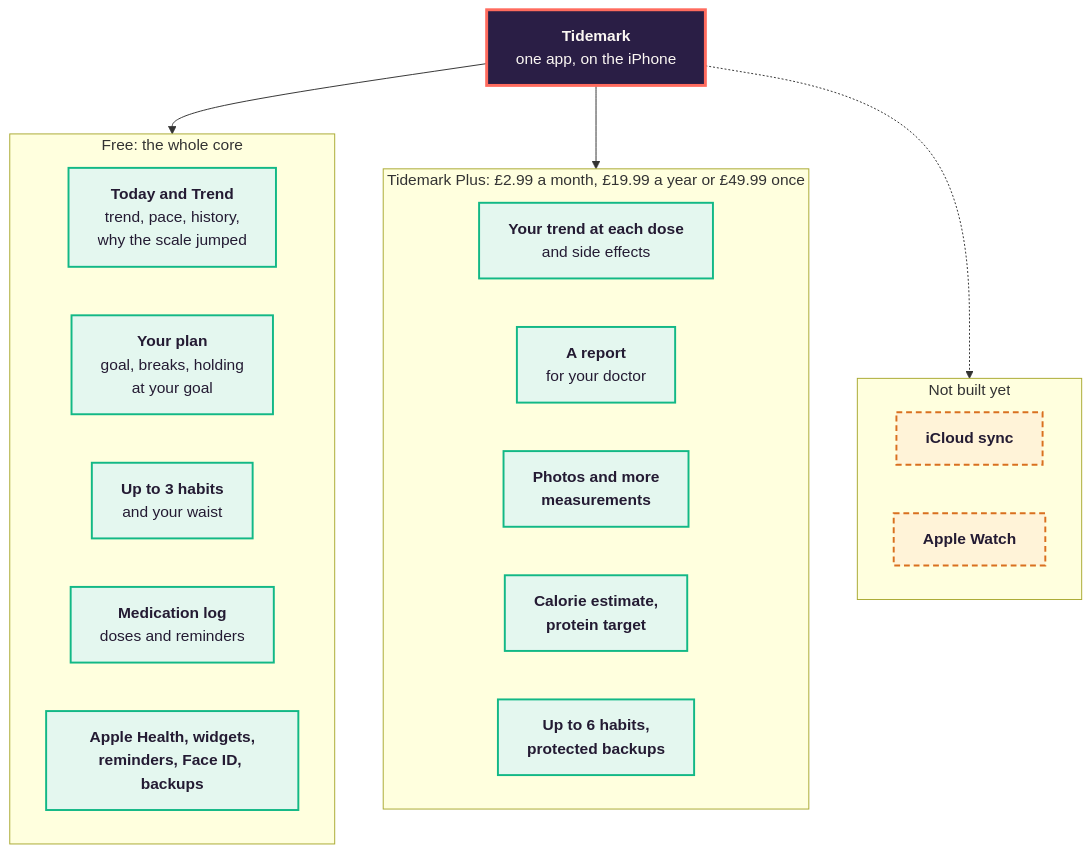
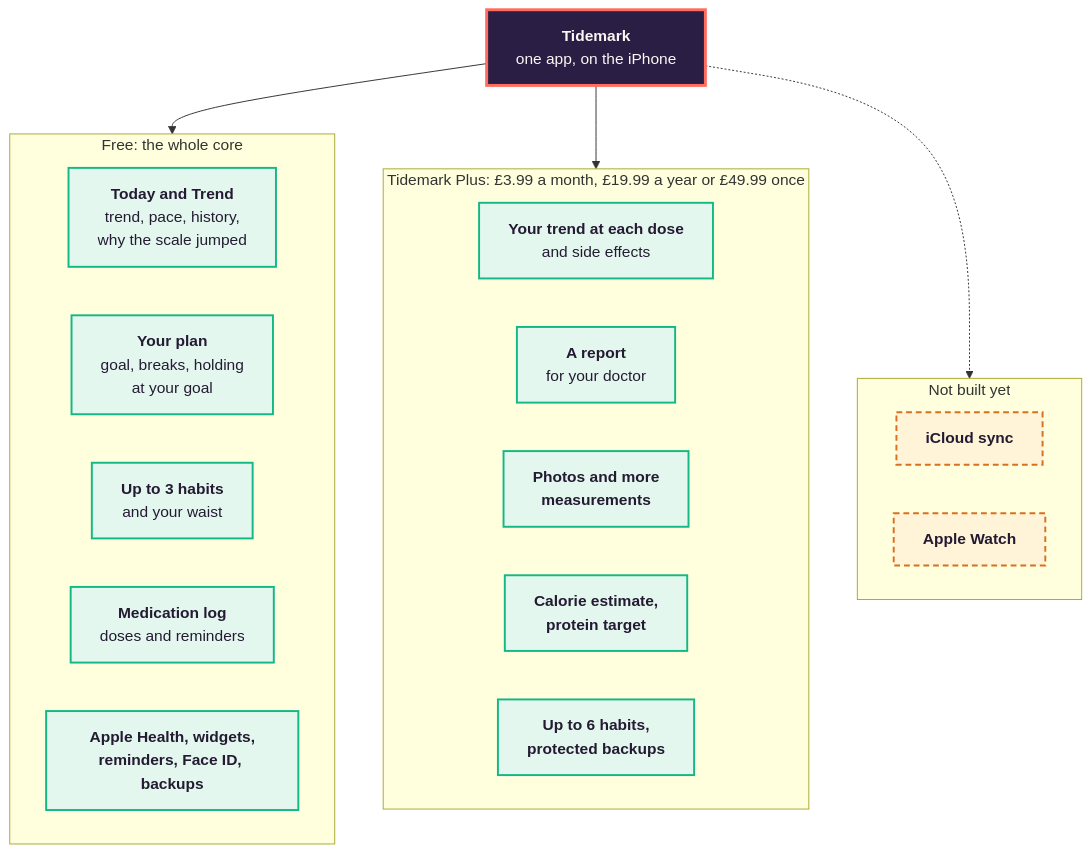
The diagram in assets/diagrams/02-free-and-plus.mmd (yameenbux/Tidemark-Fitness), drawn with Mermaid before and after one commit. The commit also changed 16 other files, not shown here.

```diff
--- a/assets/diagrams/02-free-and-plus.mmd
+++ b/assets/diagrams/02-free-and-plus.mmd
@@ -1,38 +1,38 @@
 flowchart TB
     APP["<b>Tidemark</b><br/>one app, on the iPhone"]
 
     subgraph FREE["Free: the whole core"]
         direction LR
         F1["<b>Today and Trend</b><br/>trend, pace, history,<br/>why the scale jumped"]
         F2["<b>Your plan</b><br/>goal, breaks, holding<br/>at your goal"]
         F3["<b>Up to 3 habits</b><br/>and your waist"]
         F4["<b>Medication log</b><br/>doses and reminders"]
         F5["<b>Apple Health, widgets,<br/>reminders, Face ID, backups</b>"]
     end
 
-    subgraph PLUS["Tidemark Plus: £2.99 a month, £19.99 a year or £49.99 once"]
+    subgraph PLUS["Tidemark Plus: £3.99 a month, £19.99 a year or £49.99 once"]
         direction LR
         P1["<b>Your trend at each dose</b><br/>and side effects"]
         P2["<b>A report</b><br/>for your doctor"]
         P3["<b>Photos and more<br/>measurements</b>"]
         P4["<b>Calorie estimate,<br/>protein target</b>"]
         P5["<b>Up to 6 habits,<br/>protected backups</b>"]
     end
 
     subgraph NEXT["Not built yet"]
         direction LR
         N1["<b>iCloud sync</b>"]
         N2["<b>Apple Watch</b>"]
     end
 
     APP --> FREE
     APP --> PLUS
     APP -.-> NEXT
 
     classDef core fill:#2A1E45,stroke:#FF6B5E,stroke-width:3px,color:#FBF7F3
     classDef live fill:#E4F7EF,stroke:#12B886,stroke-width:2px,color:#241B33
     classDef dev fill:#FFF3D8,stroke:#D9701F,stroke-width:2px,stroke-dasharray:6 4,color:#241B33
     classDef ext fill:#F0E8E0,stroke:#8F8276,stroke-width:1.5px,color:#241B33
     class APP core
     class F1,F2,F3,F4,F5,P1,P2,P3,P4,P5 live
     class N1,N2 dev
```
